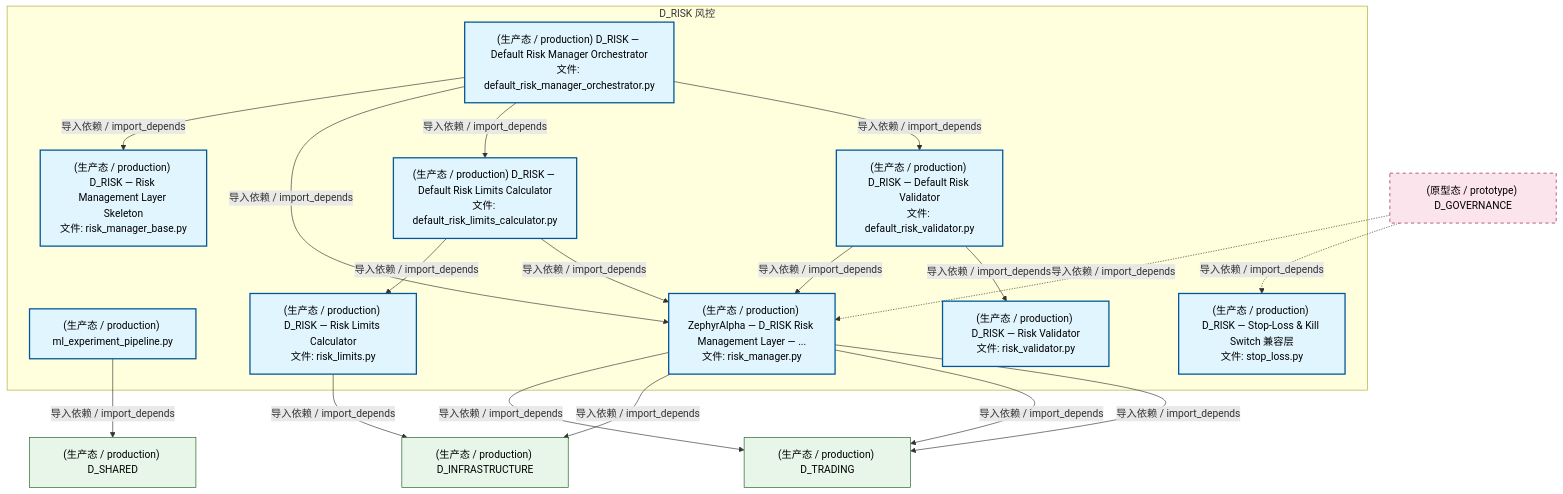
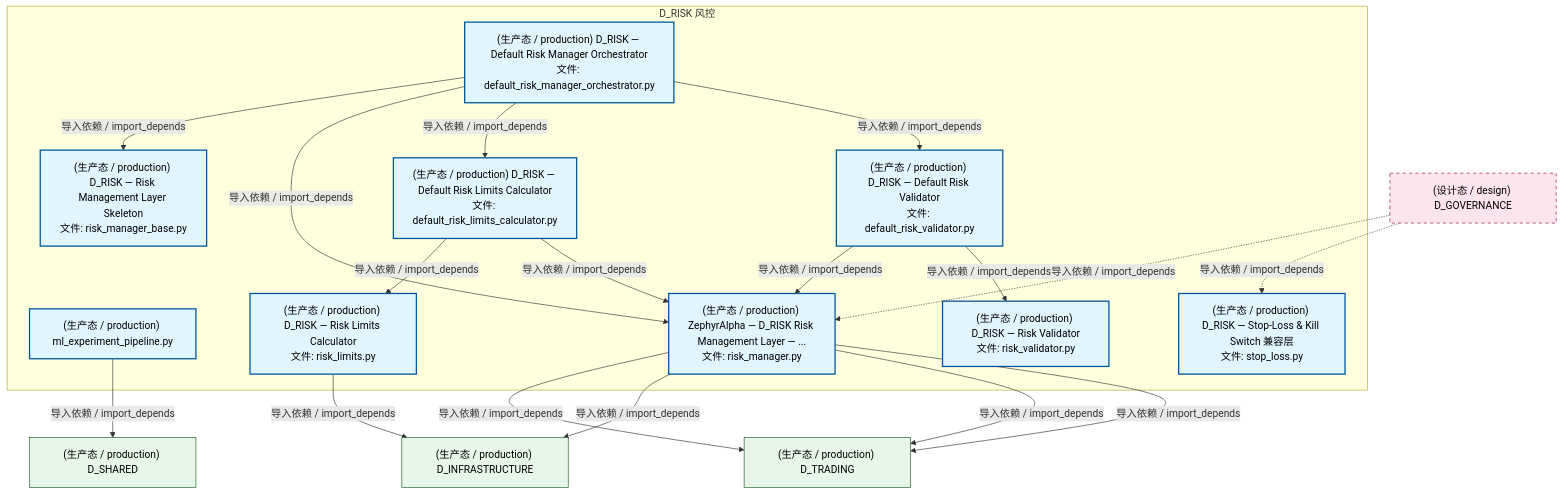
Before and after one commit to xuanFelixVan/ZephyrAlpha: the second of 4 diagrams in docs/02_enterprise_architecture/02_domain_architecture_docs/54_d_risk.md, drawn with Mermaid. The commit also changed other lines of this file and 177 other files, not shown here.

````diff
--- a/docs/02_enterprise_architecture/02_domain_architecture_docs/54_d_risk.md
+++ b/docs/02_enterprise_architecture/02_domain_architecture_docs/54_d_risk.md
@@ -133,41 +132,41 @@
 ```mermaid
 graph TD
     subgraph D_RISK["D_RISK 风控"]
         src_zephyr_risk_cross_asset_cross_market_data_adapter_ml_experiment_pipeline_py["(生产态 / production) ml_experiment_pipeline.py"]
         src_zephyr_risk_implementations_default_risk_limits_calculator_py["(生产态 / production) D_RISK — Default Risk Limits Calculator<br/>文件: default_risk_limits_calculator.py"]
         src_zephyr_risk_implementations_default_risk_manager_orchestrator_py["(生产态 / production) D_RISK — Default Risk Manager Orchestrator<br/>文件: default_risk_manager_orchestrator.py"]
         src_zephyr_risk_implementations_default_risk_validator_py["(生产态 / production) D_RISK — Default Risk Validator<br/>文件: default_risk_validator.py"]
         src_zephyr_risk_risk_limits_py["(生产态 / production) D_RISK — Risk Limits Calculator<br/>文件: risk_limits.py"]
         src_zephyr_risk_risk_manager_py["(生产态 / production) ZephyrAlpha — D_RISK Risk Management Layer — ...<br/>文件: risk_manager.py"]
         src_zephyr_risk_risk_manager_base_py["(生产态 / production) D_RISK — Risk Management Layer Skeleton<br/>文件: risk_manager_base.py"]
         src_zephyr_risk_risk_validator_py["(生产态 / production) D_RISK — Risk Validator<br/>文件: risk_validator.py"]
         src_zephyr_risk_stop_loss_py["(生产态 / production) D_RISK — Stop-Loss & Kill Switch 兼容层<br/>文件: stop_loss.py"]
     end
     src_zephyr_risk_implementations_default_risk_limits_calculator_py -->|导入依赖 / import_depends| src_zephyr_risk_risk_limits_py
     src_zephyr_risk_implementations_default_risk_limits_calculator_py -->|导入依赖 / import_depends| src_zephyr_risk_risk_manager_py
     src_zephyr_risk_implementations_default_risk_validator_py -->|导入依赖 / import_depends| src_zephyr_risk_risk_manager_py
     src_zephyr_risk_implementations_default_risk_validator_py -->|导入依赖 / import_depends| src_zephyr_risk_risk_validator_py
     src_zephyr_risk_implementations_default_risk_manager_orchestrator_py -->|导入依赖 / import_depends| src_zephyr_risk_risk_manager_base_py
     src_zephyr_risk_implementations_default_risk_manager_orchestrator_py -->|导入依赖 / import_depends| src_zephyr_risk_risk_manager_py
     src_zephyr_risk_implementations_default_risk_manager_orchestrator_py -->|导入依赖 / import_depends| src_zephyr_risk_implementations_default_risk_limits_calculator_py
     src_zephyr_risk_implementations_default_risk_manager_orchestrator_py -->|导入依赖 / import_depends| src_zephyr_risk_implementations_default_risk_validator_py
     D_TRADING["(生产态 / production) D_TRADING"]
     src_zephyr_risk_risk_manager_py -->|导入依赖 / import_depends| D_TRADING
     D_SHARED["(生产态 / production) D_SHARED"]
     src_zephyr_risk_cross_asset_cross_market_data_adapter_ml_experiment_pipeline_py -->|导入依赖 / import_depends| D_SHARED
     D_INFRASTRUCTURE["(生产态 / production) D_INFRASTRUCTURE"]
     src_zephyr_risk_risk_manager_py -->|导入依赖 / import_depends| D_INFRASTRUCTURE
     src_zephyr_risk_risk_limits_py -->|导入依赖 / import_depends| D_INFRASTRUCTURE
     src_zephyr_risk_risk_manager_py -->|导入依赖 / import_depends| D_TRADING
     src_zephyr_risk_risk_manager_py -->|导入依赖 / import_depends| D_TRADING
-    D_GOVERNANCE["(原型态 / prototype) D_GOVERNANCE"]
+    D_GOVERNANCE["(设计态 / design) D_GOVERNANCE"]
     D_GOVERNANCE -.->|导入依赖 / import_depends| src_zephyr_risk_risk_manager_py
     D_GOVERNANCE -.->|导入依赖 / import_depends| src_zephyr_risk_stop_loss_py
     classDef production fill:#e1f5fe,stroke:#01579b,stroke-width:2px,color:#000
     classDef design fill:#fff3e0,stroke:#e65100,stroke-width:2px,color:#000,stroke-dasharray: 5 5
     classDef external_prod fill:#e8f5e9,stroke:#1b5e20,stroke-width:1px,color:#000
     classDef external_design fill:#fce4ec,stroke:#880e4f,stroke-width:1px,color:#000,stroke-dasharray: 5 5
     class src_zephyr_risk_cross_asset_cross_market_data_adapter_ml_experiment_pipeline_py,src_zephyr_risk_implementations_default_risk_limits_calculator_py,src_zephyr_risk_implementations_default_risk_manager_orchestrator_py,src_zephyr_risk_implementations_default_risk_validator_py,src_zephyr_risk_risk_limits_py,src_zephyr_risk_risk_manager_py,src_zephyr_risk_risk_manager_base_py,src_zephyr_risk_risk_validator_py,src_zephyr_risk_stop_loss_py production
     class D_TRADING,D_SHARED,D_INFRASTRUCTURE external_prod
     class D_GOVERNANCE external_design
 ```
````
